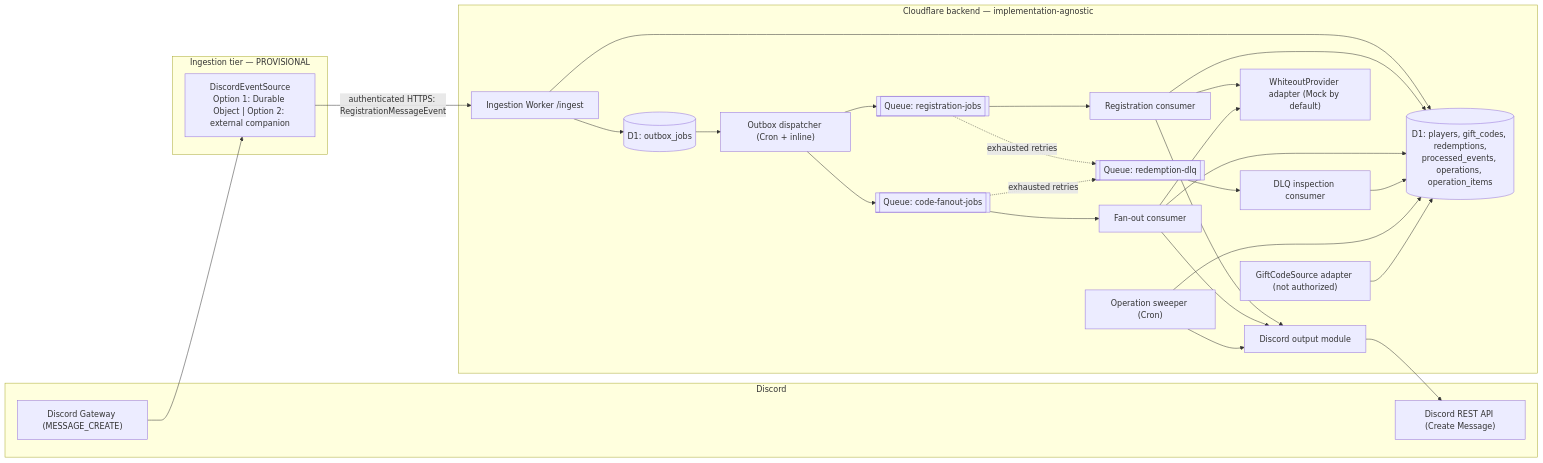
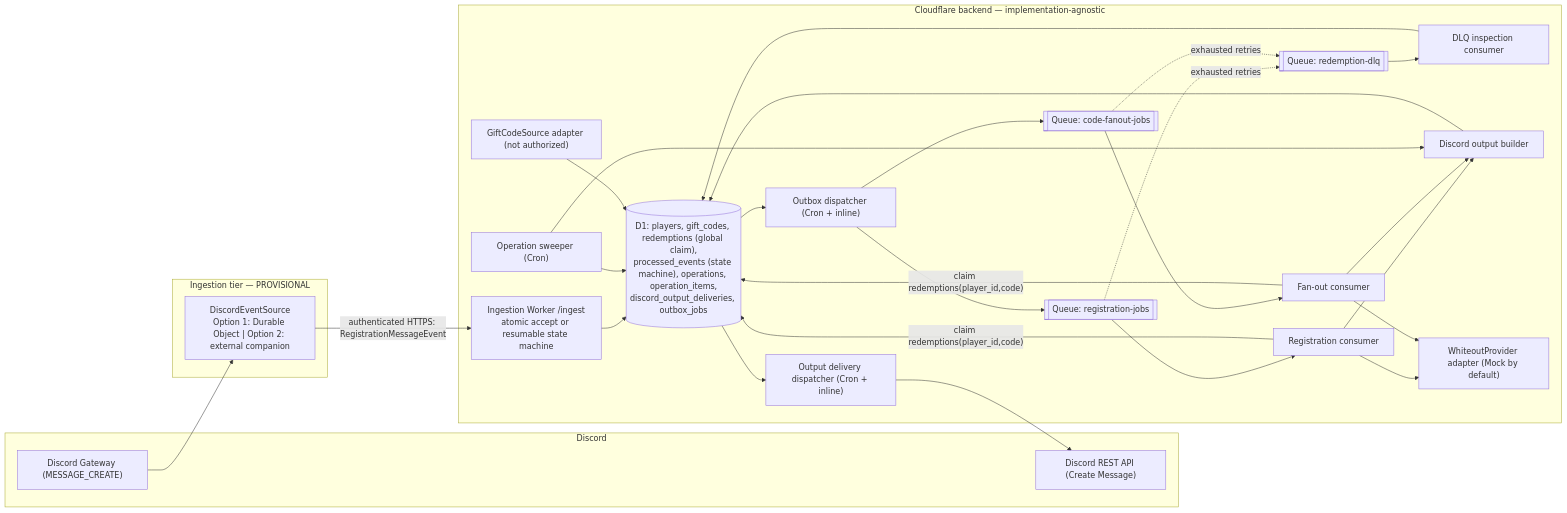
The first of 2 diagrams in docs/architecture.md (Tor-Production/wos-rewards-service), drawn with Mermaid before and after one commit. The commit also changed other lines of this file and 2 other files, not shown here.

````diff
--- a/docs/architecture.md
+++ b/docs/architecture.md
@@ -62,51 +69,52 @@
 ```mermaid
 flowchart LR
   subgraph DISCORD["Discord"]
     GW["Discord Gateway (MESSAGE_CREATE)"]
     REST["Discord REST API (Create Message)"]
   end
 
   subgraph ING_TIER["Ingestion tier — PROVISIONAL"]
     SRC["DiscordEventSource<br/>Option 1: Durable Object | Option 2: external companion"]
   end
 
   subgraph CF["Cloudflare backend — implementation-agnostic"]
-    ING["Ingestion Worker /ingest"]
-    OBX[("D1: outbox_jobs")]
+    ING["Ingestion Worker /ingest<br/>atomic accept or resumable state machine"]
+    D1[("D1: players, gift_codes, redemptions (global claim),<br/>processed_events (state machine), operations, operation_items,<br/>discord_output_deliveries, outbox_jobs")]
     DISP["Outbox dispatcher (Cron + inline)"]
     Q1[["Queue: registration-jobs"]]
     Q2[["Queue: code-fanout-jobs"]]
     DLQ[["Queue: redemption-dlq"]]
     RC["Registration consumer"]
     FC["Fan-out consumer"]
     DLC["DLQ inspection consumer"]
     SWEEP["Operation sweeper (Cron)"]
-    OUT["Discord output module"]
+    OUTD["Output delivery dispatcher (Cron + inline)"]
+    OUT["Discord output builder"]
     PROV["WhiteoutProvider adapter (Mock by default)"]
     GCS["GiftCodeSource adapter (not authorized)"]
-    D1[("D1: players, gift_codes, redemptions,<br/>processed_events, operations, operation_items")]
   end
 
   GW --> SRC
   SRC -->|"authenticated HTTPS: RegistrationMessageEvent"| ING
   ING --> D1
-  ING --> OBX
-  OBX --> DISP
+  D1 --> DISP
   DISP --> Q1
   DISP --> Q2
   Q1 --> RC
   Q2 --> FC
+  RC -->|"claim redemptions(player_id,code)"| D1
+  FC -->|"claim redemptions(player_id,code)"| D1
   RC --> PROV
   FC --> PROV
-  RC --> D1
-  FC --> D1
   Q1 -. "exhausted retries" .-> DLQ
   Q2 -. "exhausted retries" .-> DLQ
   DLQ --> DLC --> D1
   SWEEP --> D1
   RC --> OUT
   FC --> OUT
   SWEEP --> OUT
-  OUT --> REST
+  OUT --> D1
+  D1 --> OUTD
+  OUTD --> REST
   GCS --> D1
 ```
````
